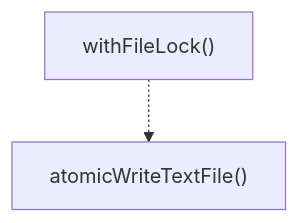
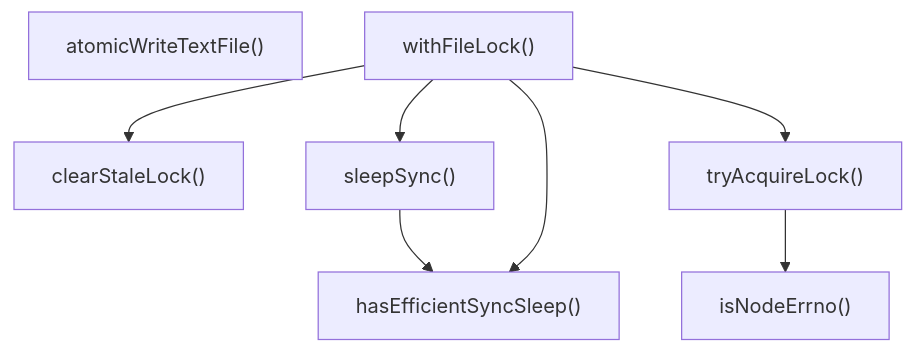
One commit to Mekann2904/mekann changed the second of 3 diagrams in ABDD/.pi/lib/storage-lock.md. Above: the diagram before and after it, drawn with Mermaid. The commit also changed other lines of this file and 277 other files, not shown here.

````diff
--- a/ABDD/.pi/lib/storage-lock.md
+++ b/ABDD/.pi/lib/storage-lock.md
@@ -47,6 +47,16 @@
 ```mermaid
 flowchart TD
+  atomicWriteTextFile["atomicWriteTextFile()"]
+  clearStaleLock["clearStaleLock()"]
+  hasEfficientSyncSleep["hasEfficientSyncSleep()"]
+  isNodeErrno["isNodeErrno()"]
+  sleepSync["sleepSync()"]
+  tryAcquireLock["tryAcquireLock()"]
   withFileLock["withFileLock()"]
-  atomicWriteTextFile["atomicWriteTextFile()"]
-  withFileLock -.-> atomicWriteTextFile
+  sleepSync --> hasEfficientSyncSleep
+  tryAcquireLock --> isNodeErrno
+  withFileLock --> clearStaleLock
+  withFileLock --> hasEfficientSyncSleep
+  withFileLock --> sleepSync
+  withFileLock --> tryAcquireLock
 ```
````
